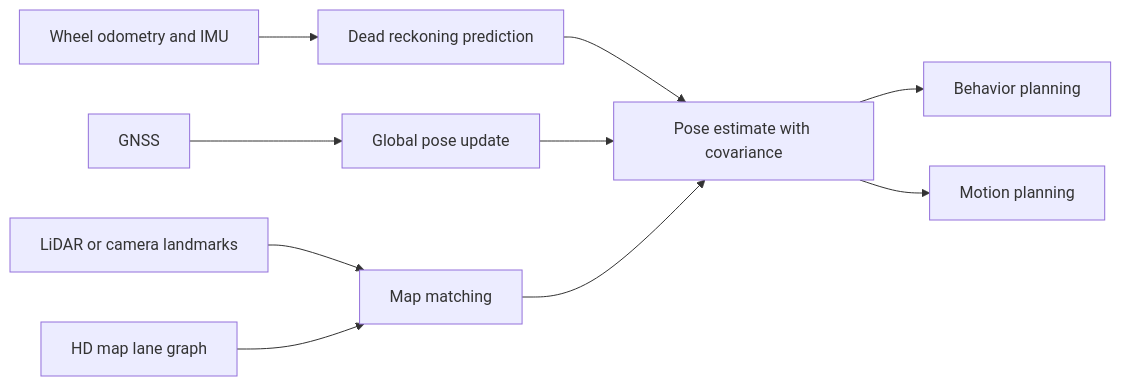
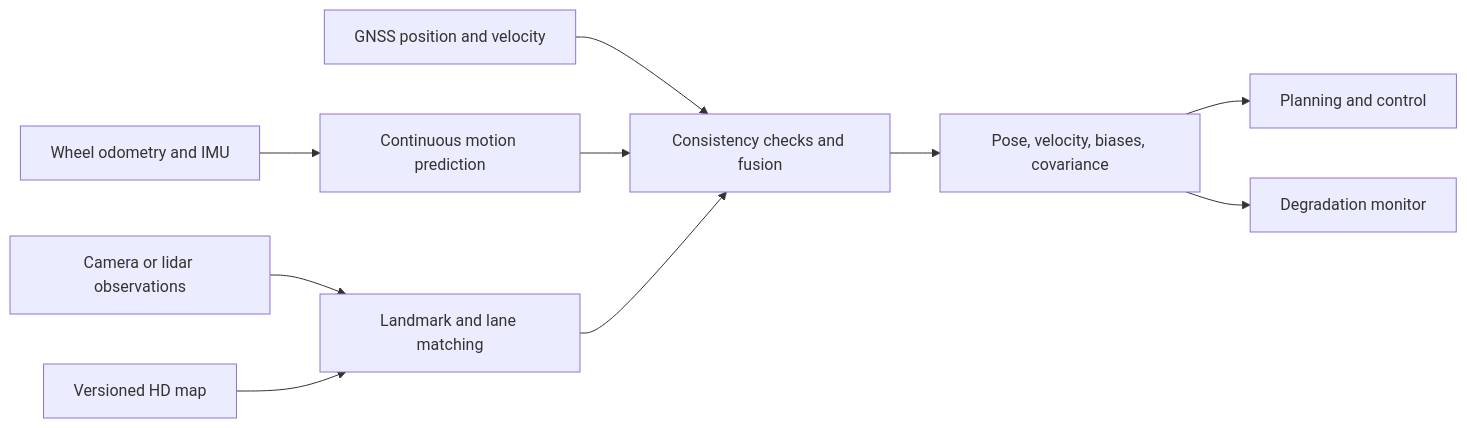
One commit to justinbrianhwang/SJ-wiki changed the diagram in docs/cs/autonomous-driving/localization-and-hd-maps.md. Above: the diagram before and after it, drawn with Mermaid. The commit also changed other lines of this file and 166 other files, not shown here.

````diff
--- a/docs/cs/autonomous-driving/localization-and-hd-maps.md
+++ b/docs/cs/autonomous-driving/localization-and-hd-maps.md
@@ -75,12 +216,12 @@
 ```mermaid
 flowchart LR
-  A["Wheel odometry and IMU"] --> B["Dead reckoning prediction"]
-  C["GNSS"] --> D["Global pose update"]
-  E["LiDAR or camera landmarks"] --> F["Map matching"]
-  G["HD map lane graph"] --> F
-  B --> H["Pose estimate with covariance"]
-  D --> H
-  F --> H
-  H --> I["Behavior planning"]
-  H --> J["Motion planning"]
+  A["Wheel odometry and IMU"] --> B["Continuous motion prediction"]
+  C["GNSS position and velocity"] --> E["Consistency checks and fusion"]
+  D["Camera or lidar observations"] --> F["Landmark and lane matching"]
+  G["Versioned HD map"] --> F
+  B --> E
+  F --> E
+  E --> H["Pose, velocity, biases, covariance"]
+  H --> I["Planning and control"]
+  H --> J["Degradation monitor"]
 ```
````
